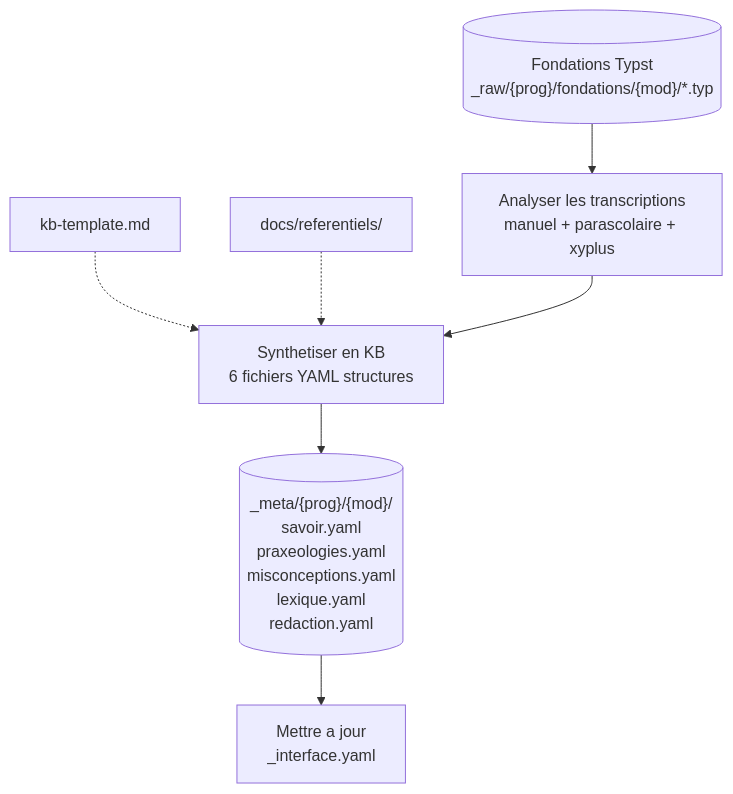
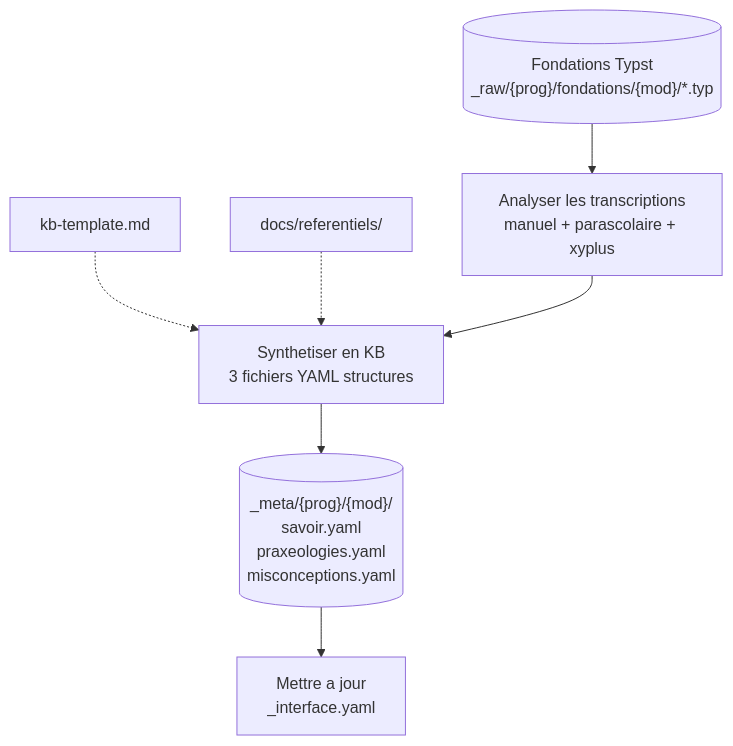
The third of 8 diagrams in docs/content-agentic-workflow.md (bilalYezzaGit/learning-web), drawn with Mermaid before and after one commit. The commit also changed other lines of this file, not shown here.

````diff
--- a/docs/content-agentic-workflow.md
+++ b/docs/content-agentic-workflow.md
@@ -157,9 +154,9 @@
 ```mermaid
 flowchart TD
     TYPST[("Fondations Typst\n_raw/{prog}/fondations/{mod}/*.typ")] --> Analyse["Analyser les transcriptions\nmanuel + parascolaire + xyplus"]
     TPL["kb-template.md"] -.-> Synth
     REF["docs/referentiels/"] -.-> Synth
-    Analyse --> Synth["Synthetiser en KB\n6 fichiers YAML structures"]
-    Synth --> Meta[("_meta/{prog}/{mod}/\nsavoir.yaml\npraxeologies.yaml\nmisconceptions.yaml\nlexique.yaml\nredaction.yaml")]
+    Analyse --> Synth["Synthetiser en KB\n3 fichiers YAML structures"]
+    Synth --> Meta[("_meta/{prog}/{mod}/\nsavoir.yaml\npraxeologies.yaml\nmisconceptions.yaml")]
     Meta --> Interface["Mettre a jour\n_interface.yaml"]
 ```
````
